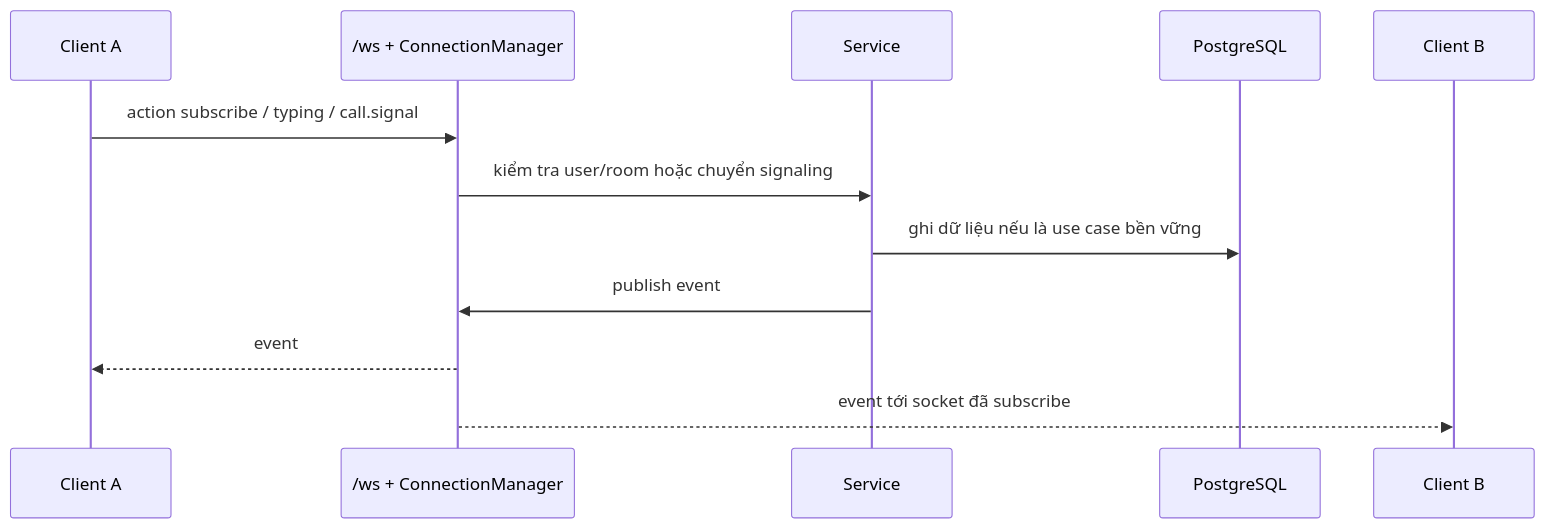
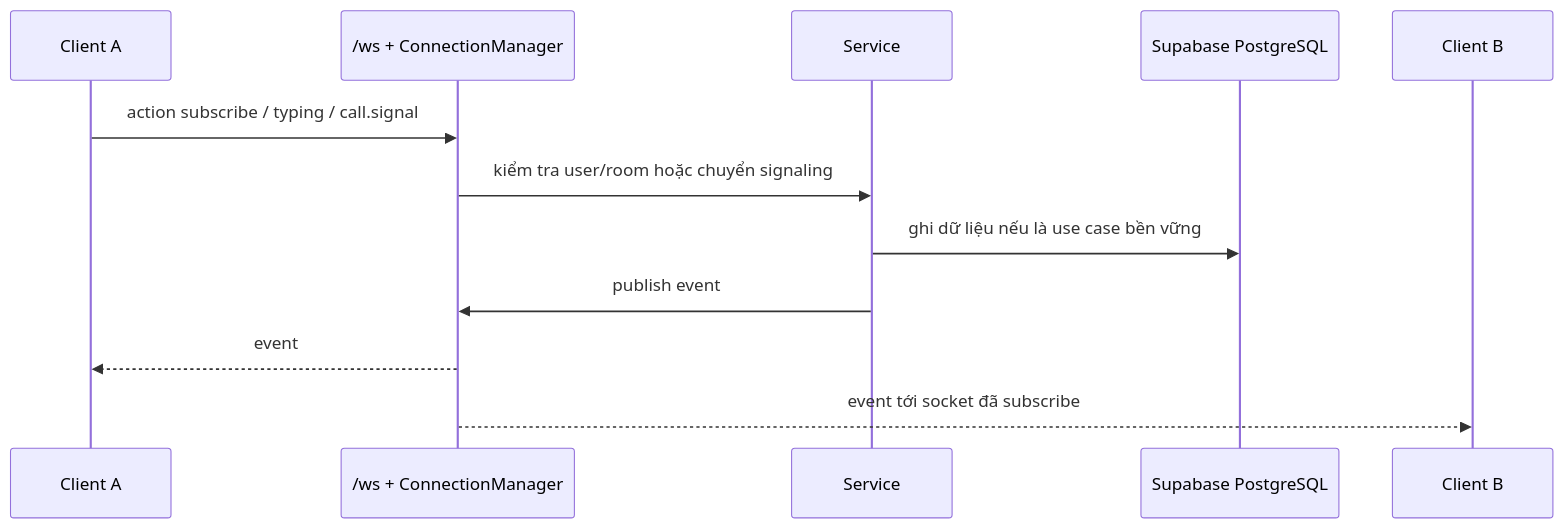
The second of 2 diagrams in docs/01-system-overview.md (Dungx1107/team-chat), drawn with Mermaid before and after one commit. The commit also changed other lines of this file and 14 other files, not shown here.

````diff
--- a/docs/01-system-overview.md
+++ b/docs/01-system-overview.md
@@ -38,14 +38,14 @@
 ```mermaid
 sequenceDiagram
     participant C1 as Client A
     participant WS as /ws + ConnectionManager
     participant S as Service
-    participant DB as PostgreSQL
+    participant DB as Supabase PostgreSQL
     participant C2 as Client B
     C1->>WS: action subscribe / typing / call.signal
     WS->>S: kiểm tra user/room hoặc chuyển signaling
     S->>DB: ghi dữ liệu nếu là use case bền vững
     S->>WS: publish event
     WS-->>C1: event
     WS-->>C2: event tới socket đã subscribe
 ```
````
